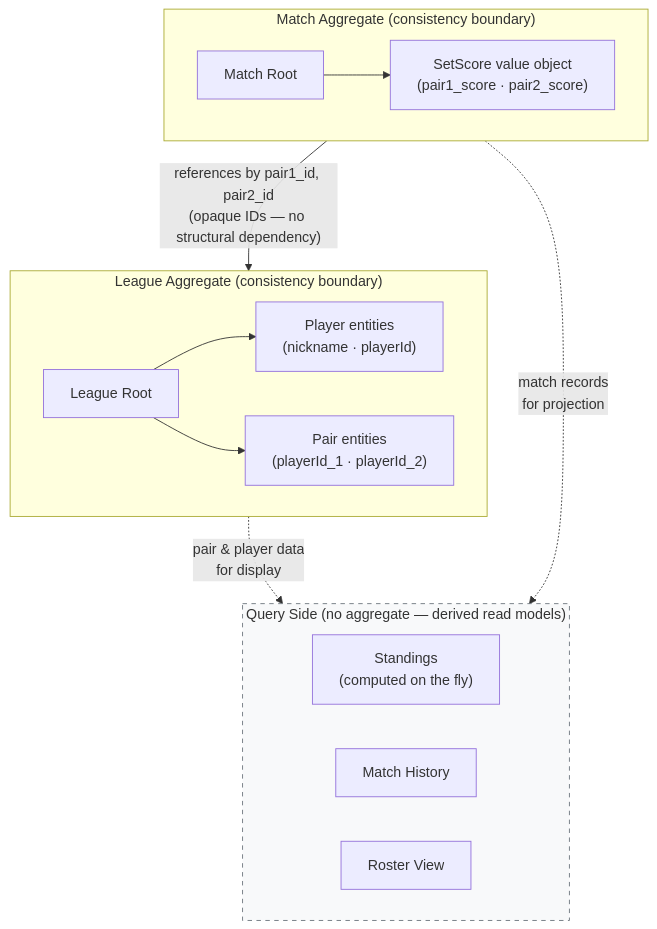
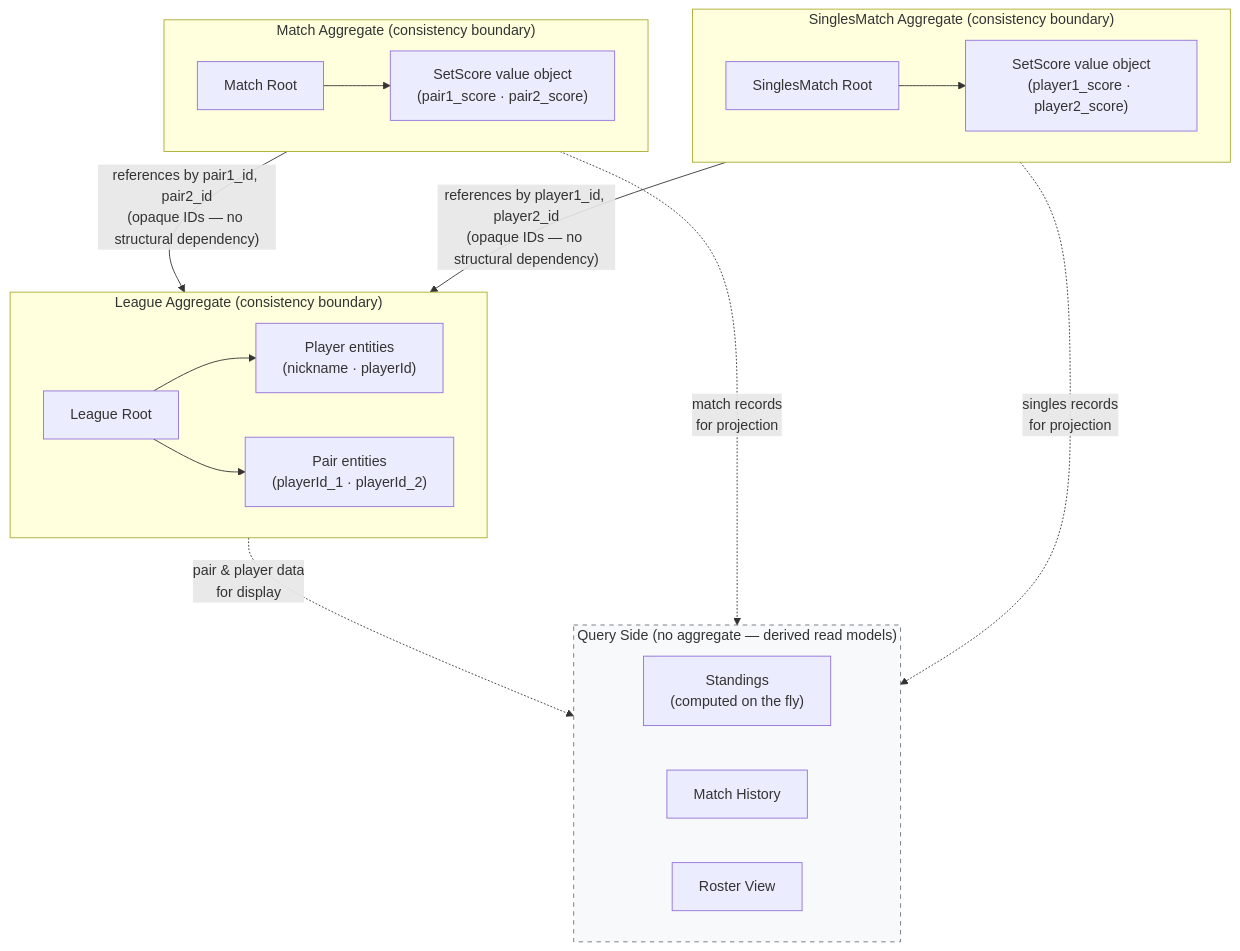
The diagram in Design_Doc/TLMB_Design_doc/04_candidate_aggregates.md (swjeong0825/TLMB_backend_main), drawn with Mermaid before and after one commit. The commit also changed other lines of this file and 45 other files, not shown here.

````diff
--- a/Design_Doc/TLMB_Design_doc/04_candidate_aggregates.md
+++ b/Design_Doc/TLMB_Design_doc/04_candidate_aggregates.md
@@ -5,28 +5,36 @@
 ```mermaid
 flowchart TD
     subgraph LEAGUE ["League Aggregate  (consistency boundary)"]
         LR["League Root"]
         P["Player entities\n(nickname · playerId)"]
         T["Pair entities\n(playerId_1 · playerId_2)"]
         LR --> P
         LR --> T
     end
 
     subgraph MATCH ["Match Aggregate  (consistency boundary)"]
         MR["Match Root"]
         SS["SetScore value object\n(pair1_score · pair2_score)"]
         MR --> SS
     end
 
+    subgraph SINGLES ["SinglesMatch Aggregate  (consistency boundary)"]
+        SMR["SinglesMatch Root"]
+        SSS["SetScore value object\n(player1_score · player2_score)"]
+        SMR --> SSS
+    end
+
     subgraph QUERY ["Query Side  (no aggregate — derived read models)"]
         ST["Standings\n(computed on the fly)"]
         MH["Match History"]
         RV["Roster View"]
     end
 
     MATCH -->|"references by pair1_id, pair2_id\n(opaque IDs — no structural dependency)"| LEAGUE
+    SINGLES -->|"references by player1_id, player2_id\n(opaque IDs — no structural dependency)"| LEAGUE
     LEAGUE -.->|"pair & player data\nfor display"| QUERY
     MATCH -.->|"match records\nfor projection"| QUERY
+    SINGLES -.->|"singles records\nfor projection"| QUERY
 
     style QUERY fill:#f8f9fa,stroke:#6c757d,stroke-dasharray: 5 5
 ```
````
